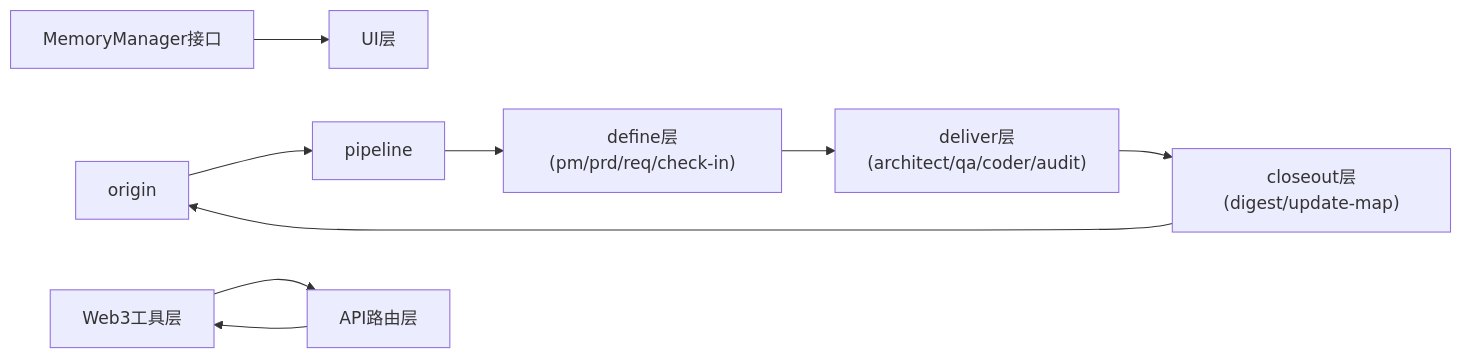
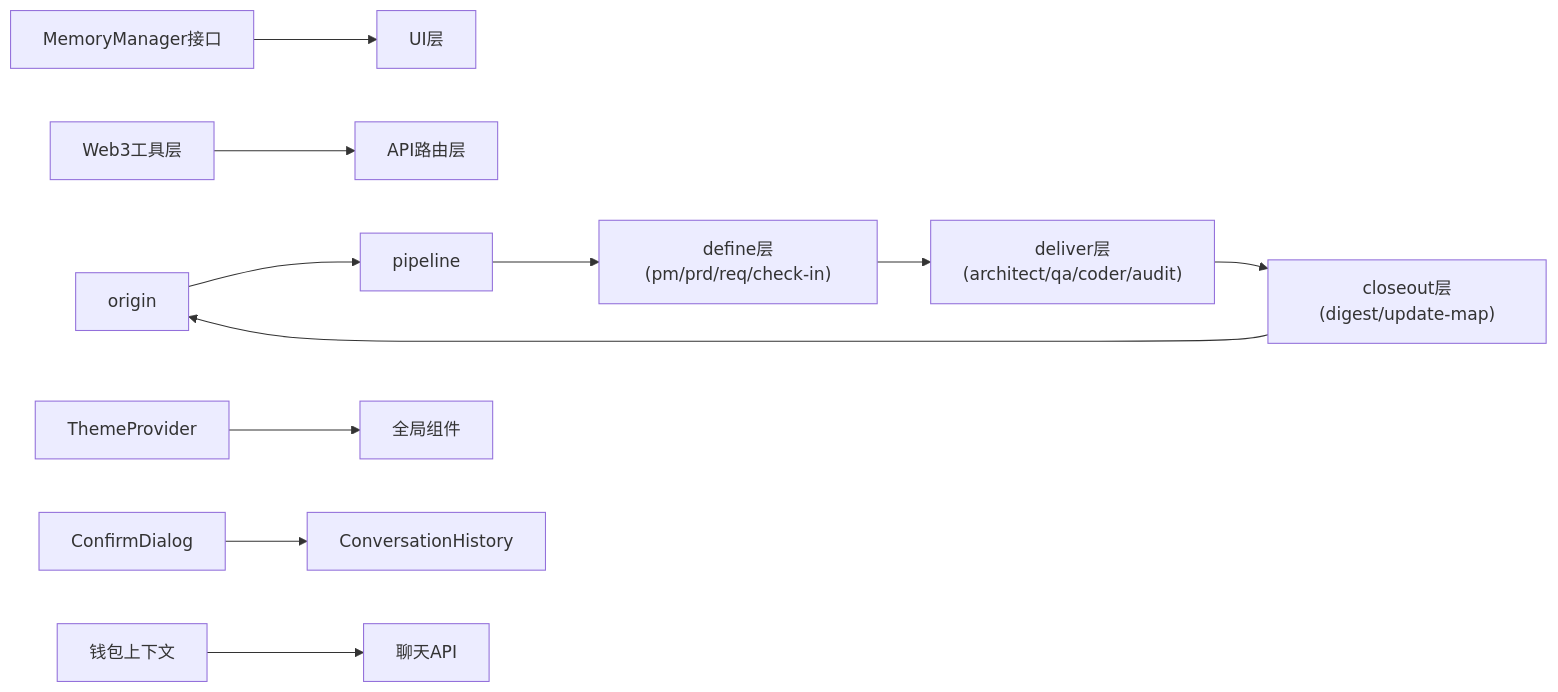
The seventh of 7 diagrams in .qoder/repowiki/zh/content/技能系统架构/技能系统架构.md (CryptoLinxu/Web3-AI-Agent), drawn with Mermaid before and after one commit. The commit also changed other lines of this file and 11 other files, not shown here.

````diff
--- a/.qoder/repowiki/zh/content/技能系统架构/技能系统架构.md
+++ b/.qoder/repowiki/zh/content/技能系统架构/技能系统架构.md
@@ -682,11 +944,13 @@
 ```mermaid
 graph LR
 OR["origin"] --> PL["pipeline"]
 PL --> DEF["define层(pm/prd/req/check-in)"]
 DEF --> DEL["deliver层(architect/qa/coder/audit)"]
 DEL --> CL["closeout层(digest/update-map)"]
 CL --> OR
 MM["MemoryManager接口"] --> UI["UI层"]
 WT["Web3工具层"] --> API["API路由层"]
-API --> WT
+TP["ThemeProvider"] --> GC["全局组件"]
+CD["ConfirmDialog"] --> CH["ConversationHistory"]
+WC["钱包上下文"] --> CA["聊天API"]
 ```
````
